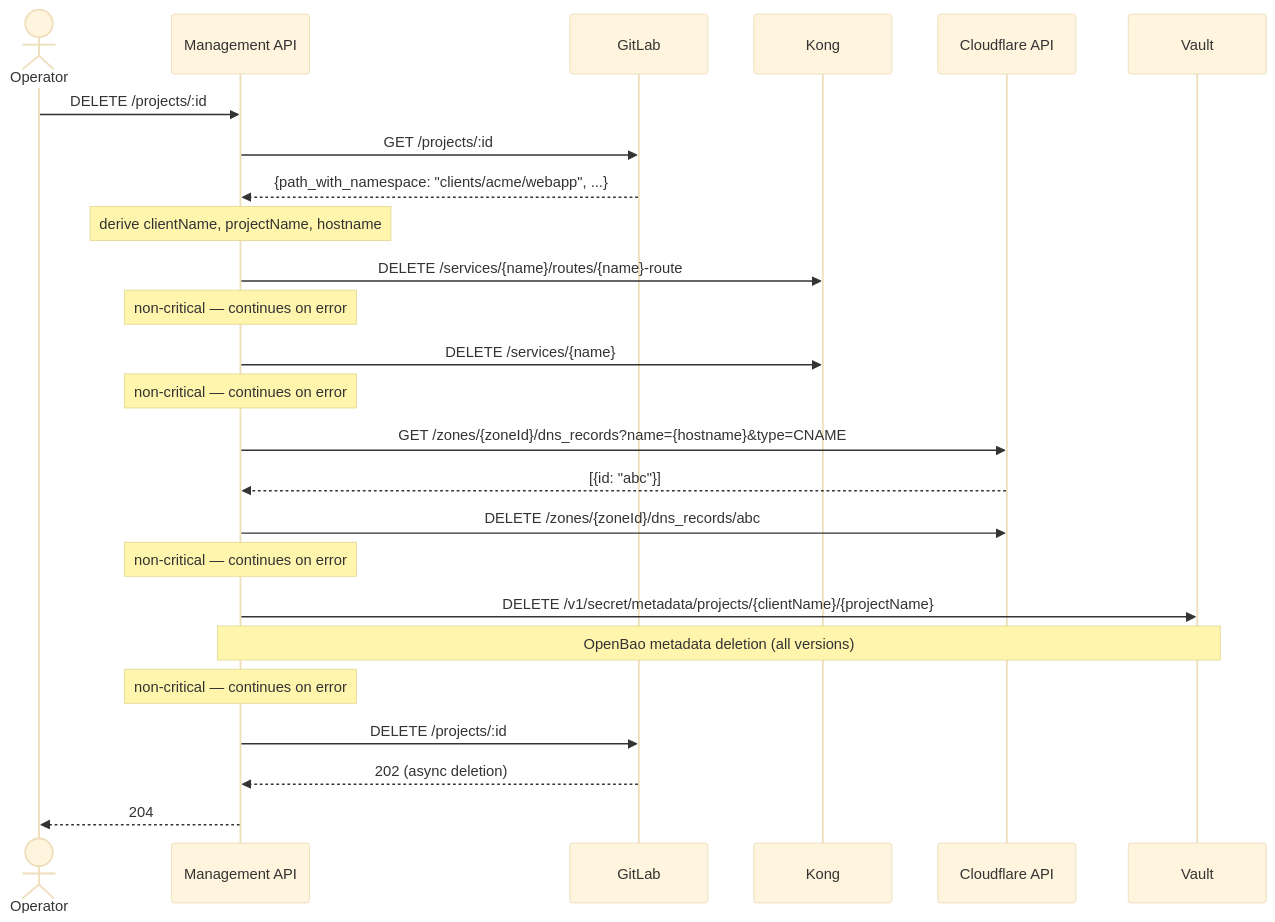
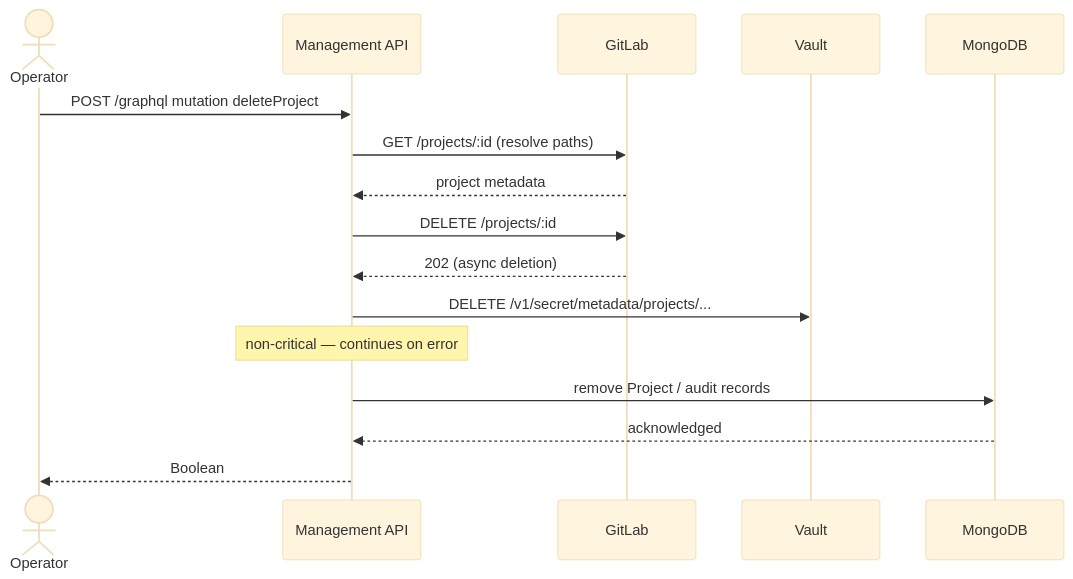
Before and after one commit to astarx-studio/devsecops-platform: the sixth of 6 diagrams in __DOCS__/99_maintainers/04_data_flows.md, drawn with Mermaid (base theme). The commit also changed other lines of this file and 109 other files, not shown here.

````diff
--- a/__DOCS__/99_maintainers/04_data_flows.md
+++ b/__DOCS__/99_maintainers/04_data_flows.md
@@ -232,34 +212,24 @@
 ```mermaid
 sequenceDiagram
     actor Operator
     participant API as Management API
     participant GitLab
-    participant Kong
-    participant CF as Cloudflare API
     participant Vault
+    participant Mongo as MongoDB
 
-    Operator->>API: DELETE /projects/:id
+    Operator->>API: POST /graphql mutation deleteProject
 
-    API->>GitLab: GET /projects/:id
-    GitLab-->>API: {path_with_namespace: "clients/acme/webapp", ...}
-    Note over API: derive clientName, projectName, hostname
-
-    API->>Kong: DELETE /services/{name}/routes/{name}-route
-    Note over API: non-critical — continues on error
-    API->>Kong: DELETE /services/{name}
-    Note over API: non-critical — continues on error
-
-    API->>CF: GET /zones/{zoneId}/dns_records?name={hostname}&type=CNAME
-    CF-->>API: [{id: "abc"}]
-    API->>CF: DELETE /zones/{zoneId}/dns_records/abc
-    Note over API: non-critical — continues on error
-
-    API->>Vault: DELETE /v1/secret/metadata/projects/{clientName}/{projectName}
-    Note over API,Vault: OpenBao metadata deletion (all versions)
-    Note over API: non-critical — continues on error
+    API->>GitLab: GET /projects/:id (resolve paths)
+    GitLab-->>API: project metadata
 
     API->>GitLab: DELETE /projects/:id
     GitLab-->>API: 202 (async deletion)
 
-    API-->>Operator: 204
+    API->>Vault: DELETE /v1/secret/metadata/projects/...
+    Note over API: non-critical — continues on error
+
+    API->>Mongo: remove Project / audit records
+    Mongo-->>API: acknowledged
+
+    API-->>Operator: Boolean
 ```
````
